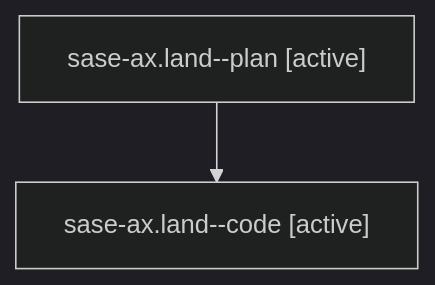
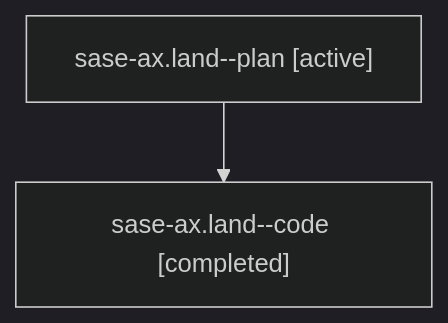
The diagram in families/bbugyi200.athena.sase-ax.land.md (sase-org/sase--agents), drawn with Mermaid (dark theme) before and after one commit. The commit also changed other lines of this file and 5813 other files, not shown here.

````diff
--- a/families/bbugyi200.athena.sase-ax.land.md
+++ b/families/bbugyi200.athena.sase-ax.land.md
@@ -9,6 +9,6 @@
 ```mermaid
 flowchart TD
   n0["sase-ax.land--plan [active]"]
-  n1["sase-ax.land--code [active]"]
+  n1["sase-ax.land--code [completed]"]
   n0 --> n1
 ```
````
